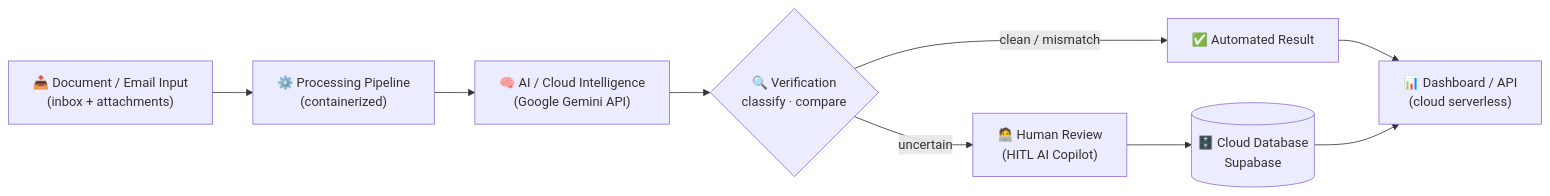
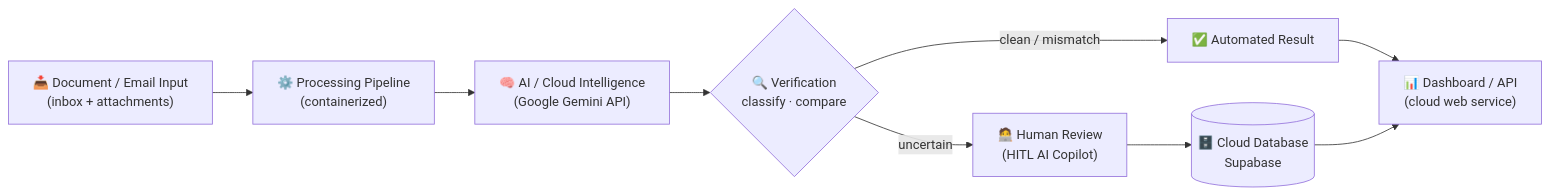
One commit to nishtwowhoo/sdoc-shipping-document-verifier changed the first of 2 diagrams in README.md. Above: the diagram before and after it, drawn with Mermaid. The commit also changed other lines of this file, not shown here.

````diff
--- a/README.md
+++ b/README.md
@@ -103,11 +103,11 @@
 ```mermaid
 flowchart LR
     A["📥 Document / Email Input<br/>(inbox + attachments)"] --> B["⚙️ Processing Pipeline<br/>(containerized)"]
     B --> C["🧠 AI / Cloud Intelligence<br/>(Google Gemini API)"]
     C --> D{"🔍 Verification<br/>classify · compare"}
     D -->|clean / mismatch| E["✅ Automated Result"]
     D -->|uncertain| F["🧑‍💻 Human Review<br/>(HITL AI Copilot)"]
     F --> G[("🗄️ Cloud Database<br/>Supabase")]
-    E --> H["📊 Dashboard / API<br/>(cloud serverless)"]
+    E --> H["📊 Dashboard / API<br/>(cloud web service)"]
     G --> H
 ```
````
